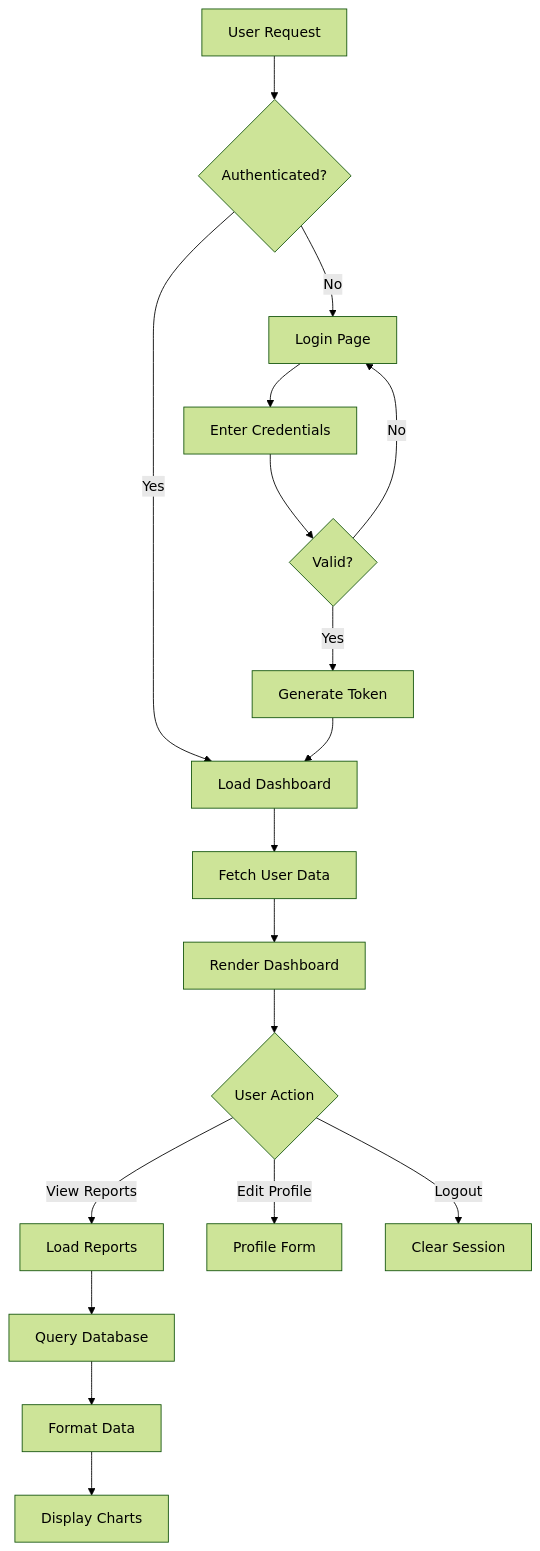
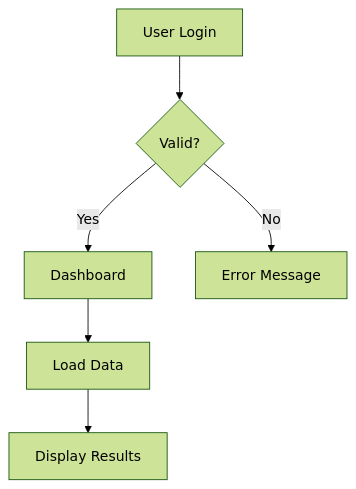
One commit to oskar-dragon/claude-setup-public changed the second of 3 diagrams in commands/tool/diagram.md. Above: the diagram before and after it, drawn with Mermaid (forest theme). The commit also changed other lines of this file and 44 other files, not shown here.

````diff
--- a/commands/tool/diagram.md
+++ b/commands/tool/diagram.md
@@ -75,24 +69,8 @@
 ```mermaid
 flowchart TD
-    A[User Request] --> B{Authenticated?}
-    B -->|No| C[Login Page]
-    B -->|Yes| D[Load Dashboard]
-
-    C --> E[Enter Credentials]
-    E --> F{Valid?}
-    F -->|No| C
-    F -->|Yes| G[Generate Token]
-    G --> D
-
-    D --> H[Fetch User Data]
-    H --> I[Render Dashboard]
-    I --> J{User Action}
-
-    J -->|View Reports| K[Load Reports]
-    J -->|Edit Profile| L[Profile Form]
-    J -->|Logout| M[Clear Session]
-
-    K --> N[Query Database]
-    N --> O[Format Data]
-    O --> P[Display Charts]
+    A[User Login] --> B{Valid?}
+    B -->|Yes| C[Dashboard]
+    B -->|No| D[Error Message]
+    C --> E[Load Data]
+    E --> F[Display Results]
 ```
````
